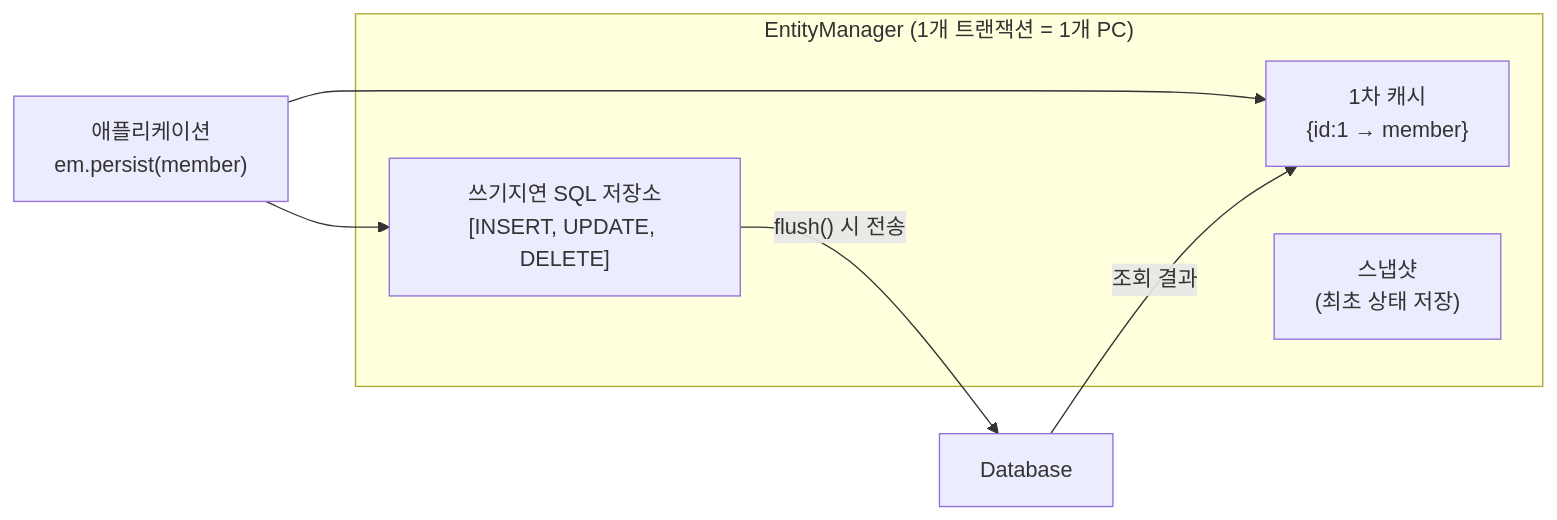
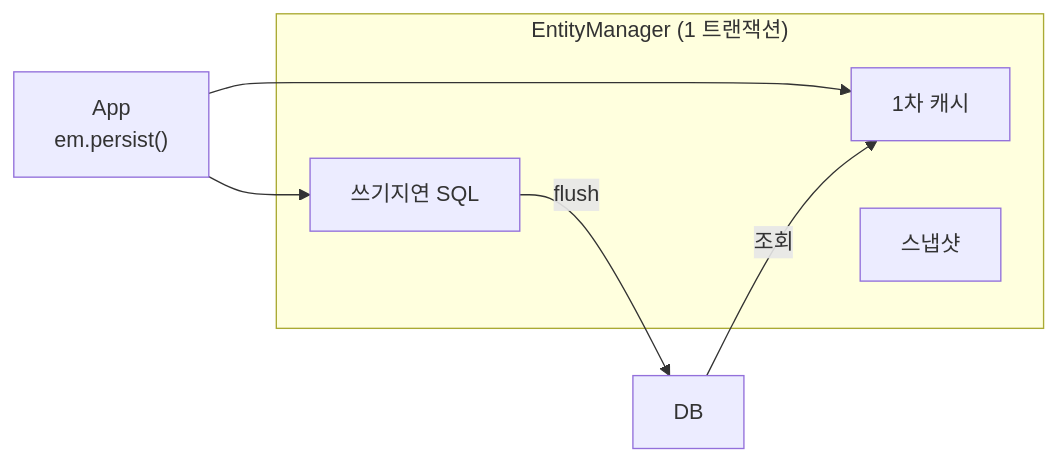
One commit to yjkim2015/yjkim2015.github.io changed the third of 10 diagrams in _posts/jpa/2026-05-01-jpa-fundamentals.md. Above: the diagram before and after it, drawn with Mermaid. The commit also changed other lines of this file and 215 other files, not shown here.

First line of the commit message:
신규 포스트 10개 추가 + Mermaid 전면 축소 + SystemDesign 시리즈 보강

````diff
--- a/_posts/jpa/2026-05-01-jpa-fundamentals.md
+++ b/_posts/jpa/2026-05-01-jpa-fundamentals.md
@@ -106,15 +85,11 @@
 ```mermaid
 graph LR
-    APP["애플리케이션\nem.persist(member)"]
-    subgraph EM["EntityManager (1개 트랜잭션 = 1개 PC)"]
-        PC1["1차 캐시\n{id:1 → member}"]
-        PC2["쓰기지연 SQL 저장소\n[INSERT, UPDATE, DELETE]"]
-        SNAP["스냅샷\n(최초 상태 저장)"]
+    APP["App\nem.persist()"] --> PC1["1차 캐시"] & PC2["쓰기지연 SQL"]
+    subgraph EM["EntityManager (1 트랜잭션)"]
+        PC1
+        PC2
+        SNAP["스냅샷"]
     end
-    DB["Database"]
-
-    APP --> PC1
-    APP --> PC2
-    PC2 -->|"flush() 시 전송"| DB
-    DB -->|"조회 결과"| PC1
+    PC2 -->|flush| DB["DB"]
+    DB -->|조회| PC1
 ```
````
